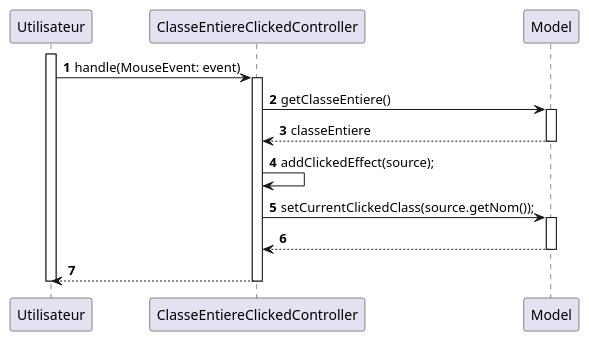
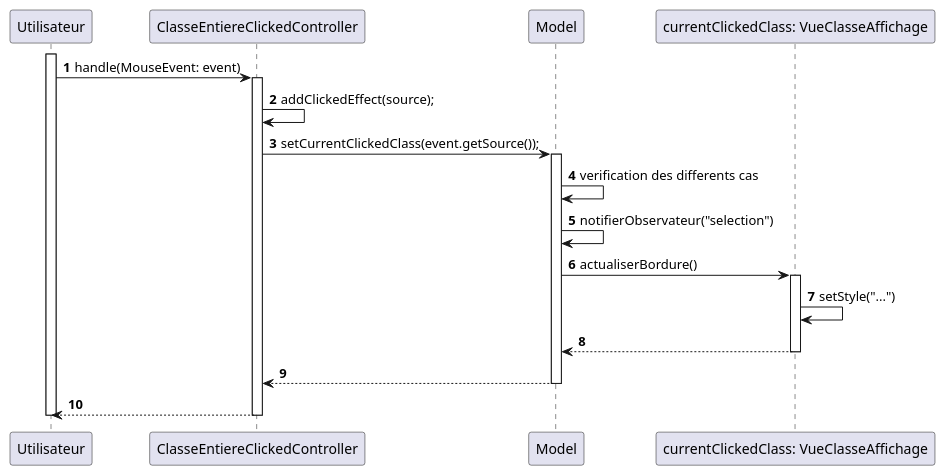
Before and after one commit to Flotss/ObjectAidJava: the diagram in objectAid/docs/Iteration2/Diagramme/diagrammeSelectionClasse.puml, drawn with PlantUML. The commit also changed 4 other files, not shown here.

Commit message:
ajout diagramme sprint 4 et modif sprint precedent

```diff
--- a/objectAid/docs/Iteration2/Diagramme/diagrammeSelectionClasse.puml
+++ b/objectAid/docs/Iteration2/Diagramme/diagrammeSelectionClasse.puml
@@ -1,26 +1,34 @@
 @startuml
 
 autonumber
 
 participant "Utilisateur" as user
 participant ClasseEntiereClickedController as controller
 participant Model as model
+participant "currentClickedClass: VueClasseAffichage" as classe
 
 activate user
 user -> controller : handle(MouseEvent: event)
 activate controller
-controller -> model : getClasseEntiere()
+controller -> controller : addClickedEffect(source);
+controller -> model : setCurrentClickedClass(event.getSource());
 activate model
-model --> controller : classeEntiere
-deactivate model
-controller -> controller : addClickedEffect(source);
-controller -> model : setCurrentClickedClass(source.getNom());
-activate model
+model -> model : verification des differents cas
+model -> model : notifierObservateur("selection")
+
+model -> classe : actualiserBordure()
+activate classe
+classe -> classe : setStyle("...")
+
+
+classe --> model
+deactivate classe
+
 model --> controller :
 deactivate model
 controller --> user
 deactivate controller
 deactivate user
 
 
 @enduml
```
